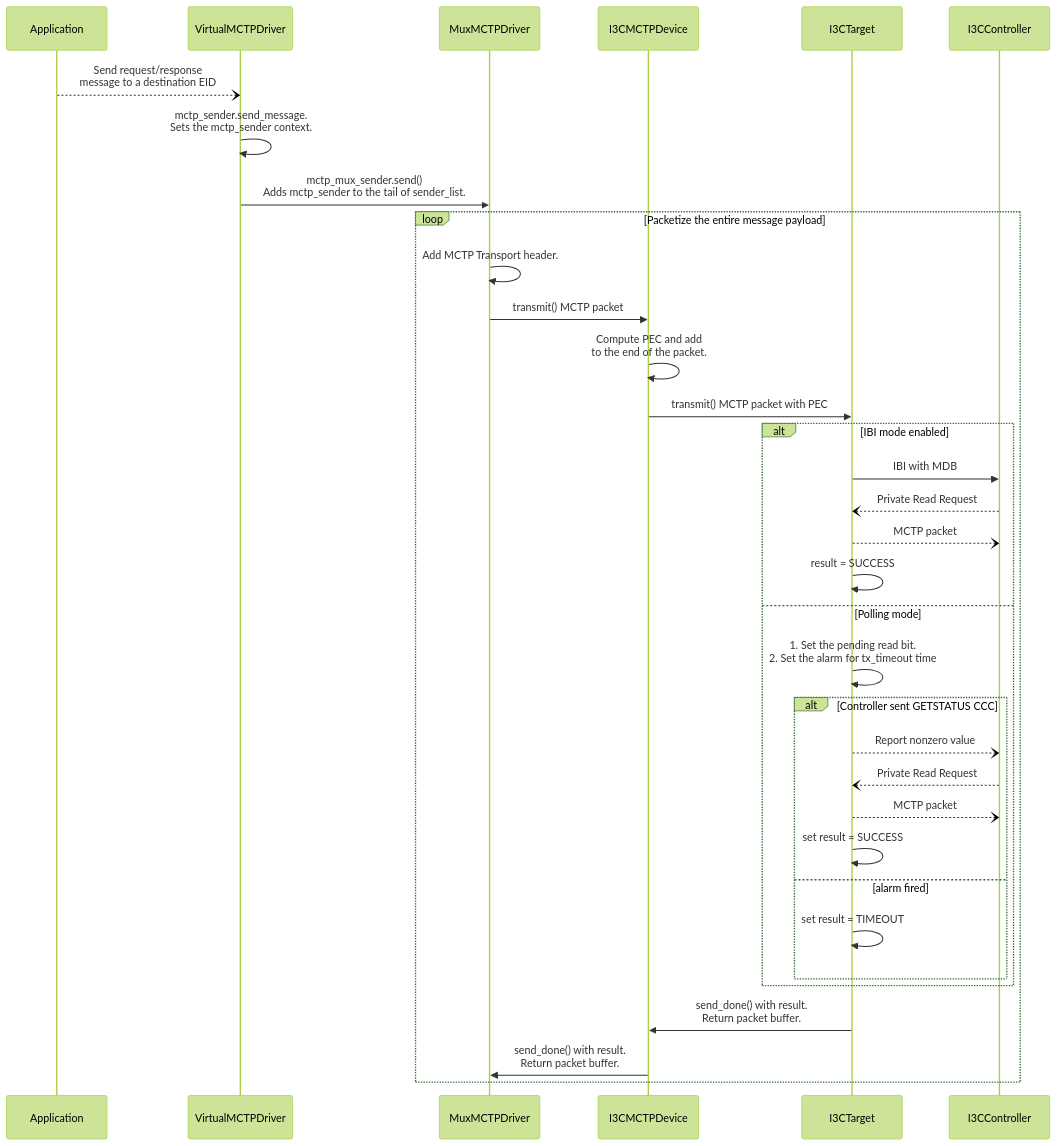
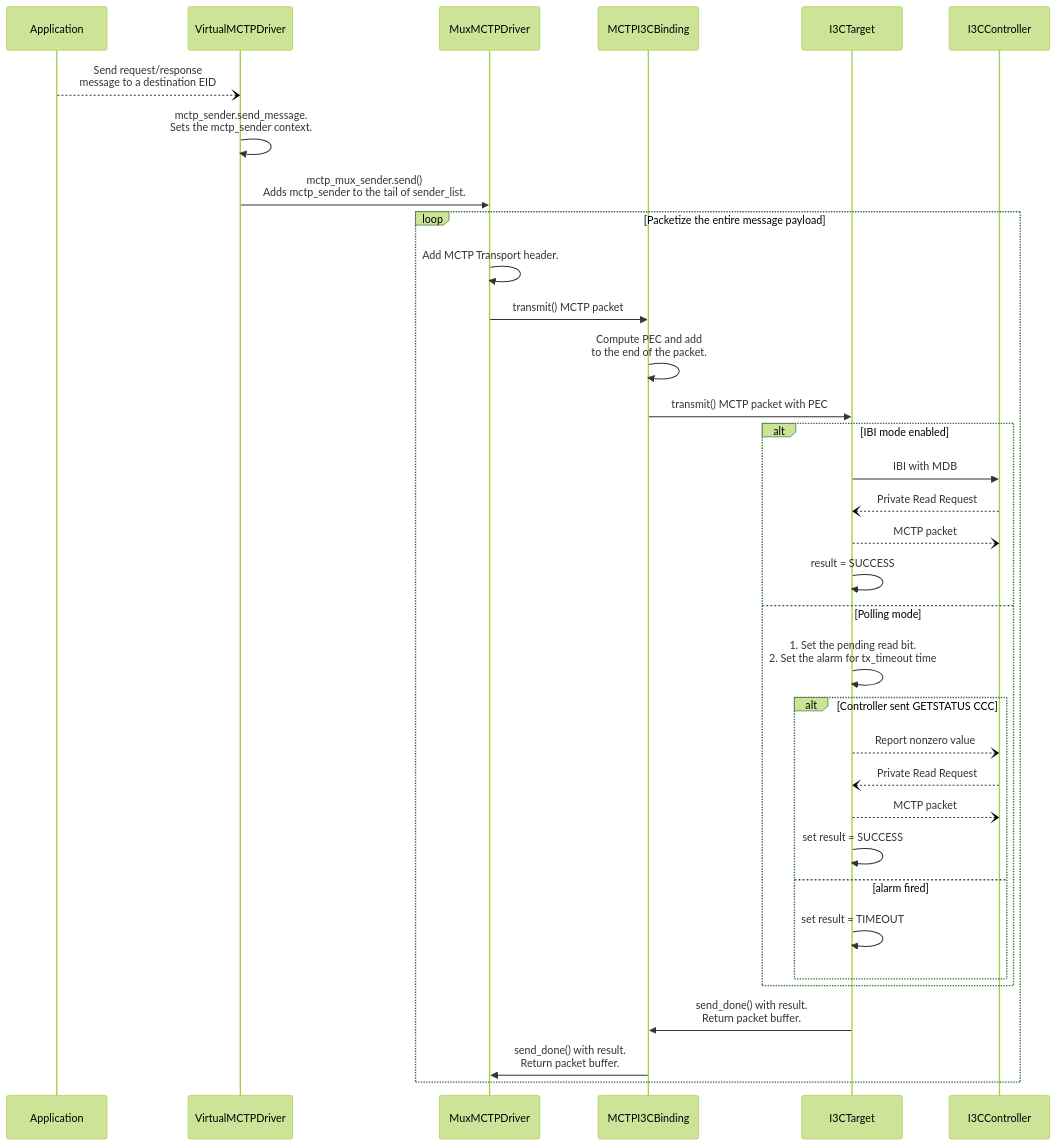
One commit to chipsalliance/caliptra-mcu-sw changed the second of 2 diagrams in docs/src/mctp.md. Above: the diagram before and after it, drawn with Mermaid (forest theme). The commit also changed other lines of this file and 2 other files, not shown here.

````diff
--- a/docs/src/mctp.md
+++ b/docs/src/mctp.md
@@ -46,37 +46,37 @@
 ```mermaid
 sequenceDiagram
     participant Application
     participant VirtualMCTPDriver
     participant MuxMCTPDriver
-    participant I3CMCTPDevice
+    participant MCTPI3CBinding
     participant I3CTarget
     participant I3CController
     Application--)VirtualMCTPDriver: Send request/response <br/>message to a destination EID
     VirtualMCTPDriver->>VirtualMCTPDriver: mctp_sender.send_message. <br/>Sets the mctp_sender context.
     VirtualMCTPDriver->> MuxMCTPDriver: mctp_mux_sender.send() <br/> Adds mctp_sender to the tail of sender_list.
     loop Packetize the entire message payload
         MuxMCTPDriver->>MuxMCTPDriver: Add MCTP Transport header.
-        MuxMCTPDriver->>I3CMCTPDevice: transmit() MCTP packet
-        I3CMCTPDevice->>I3CMCTPDevice: Compute PEC and add <br/>to the end of the packet.
-        I3CMCTPDevice->>I3CTarget: transmit() MCTP packet with PEC
+        MuxMCTPDriver->>MCTPI3CBinding: transmit() MCTP packet
+        MCTPI3CBinding->>MCTPI3CBinding: Compute PEC and add <br/>to the end of the packet.
+        MCTPI3CBinding->>I3CTarget: transmit() MCTP packet with PEC
         alt IBI mode enabled
             I3CTarget->>I3CController: IBI with MDB
             I3CController--)I3CTarget: Private Read Request
             I3CTarget--)I3CController: MCTP packet
             I3CTarget->>I3CTarget: result = SUCCESS
         else Polling mode
             I3CTarget->>I3CTarget: 1. Set the pending read bit. <br/> 2. Set the alarm for tx_timeout time
             alt Controller sent GETSTATUS CCC
                 I3CTarget--)I3CController: Report nonzero value
                 I3CController--)I3CTarget: Private Read Request
                 I3CTarget--)I3CController: MCTP packet
                 I3CTarget->>I3CTarget: set result = SUCCESS
             else alarm fired
                 I3CTarget->>I3CTarget: set result = TIMEOUT
             end
         end
-        I3CTarget->>I3CMCTPDevice: send_done() with result. <br/>Return packet buffer.
-        I3CMCTPDevice->>MuxMCTPDriver: send_done() with result.<br/> Return packet buffer.
+        I3CTarget->>MCTPI3CBinding: send_done() with result. <br/>Return packet buffer.
+        MCTPI3CBinding->>MuxMCTPDriver: send_done() with result.<br/> Return packet buffer.
     end
 
 ```
````
